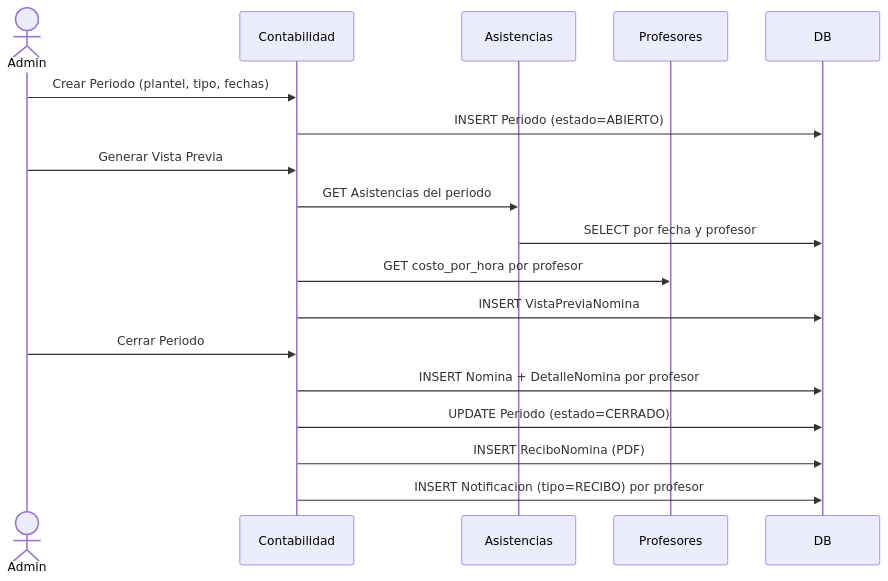
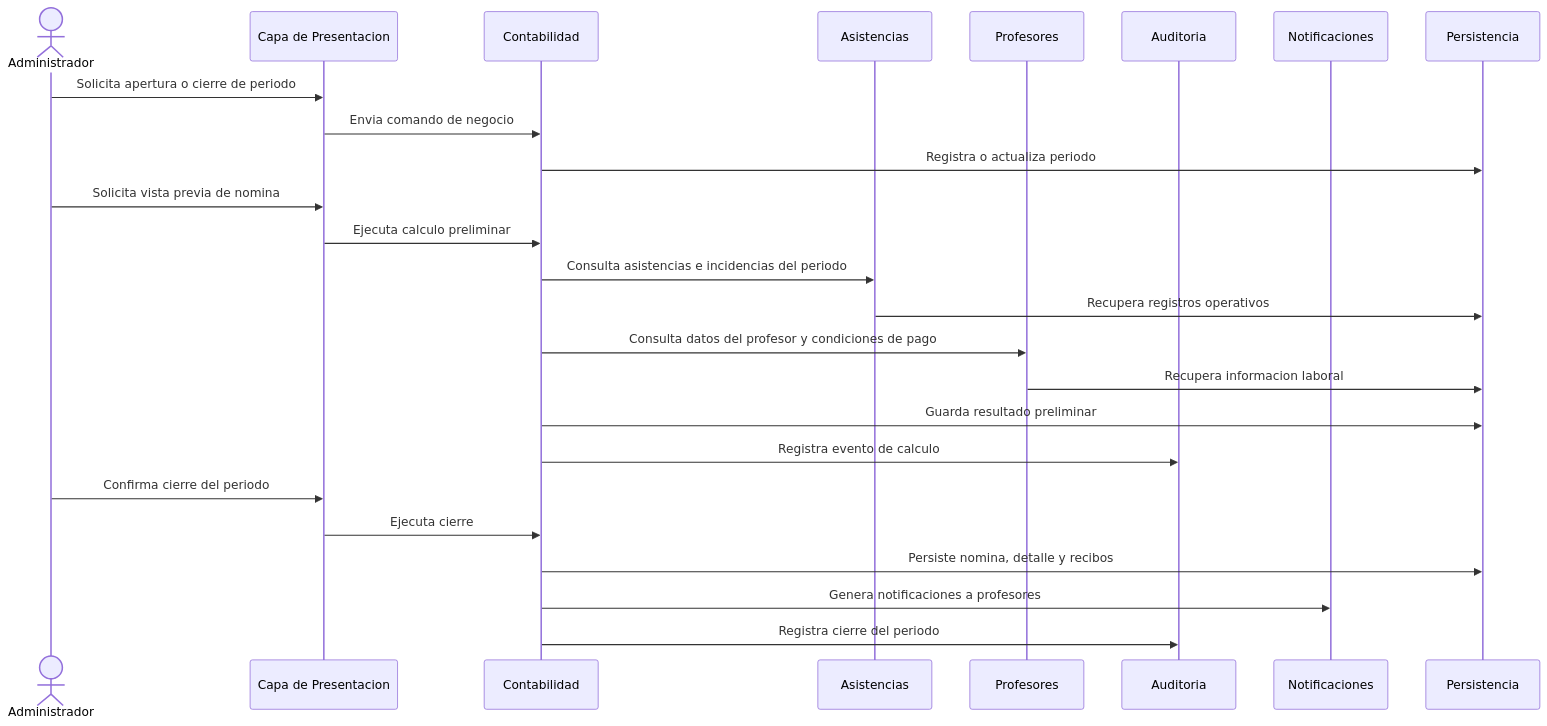
The second of 2 diagrams in docs/diseno/STX-CORE-ARC-COMPONENTES-v1.0.md (JuanMarcoGosselin/Saltix), drawn with Mermaid before and after one commit. The commit also changed other lines of this file and 18 other files, not shown here.

Commit message:
feat(asistencias): implementar gestion de sprint 3 por jefatura

````diff
--- a/docs/diseno/STX-CORE-ARC-COMPONENTES-v1.0.md
+++ b/docs/diseno/STX-CORE-ARC-COMPONENTES-v1.0.md
@@ -106,23 +394,30 @@
 ```mermaid
 sequenceDiagram
-    actor Admin
-    participant Contabilidad
-    participant Asistencias
-    participant Profesores
-    participant DB
+    actor Administrador
+    participant UI as Capa de Presentacion
+    participant CONT as Contabilidad
+    participant ASIS as Asistencias
+    participant PROF as Profesores
+    participant AUD as Auditoria
+    participant NOT as Notificaciones
+    participant DB as Persistencia
 
-    Admin->>Contabilidad: Crear Periodo (plantel, tipo, fechas)
-    Contabilidad->>DB: INSERT Periodo (estado=ABIERTO)
+    Administrador->>UI: Solicita apertura o cierre de periodo
+    UI->>CONT: Envia comando de negocio
+    CONT->>DB: Registra o actualiza periodo
 
-    Admin->>Contabilidad: Generar Vista Previa
-    Contabilidad->>Asistencias: GET Asistencias del periodo
-    Asistencias->>DB: SELECT por fecha y profesor
-    Contabilidad->>Profesores: GET costo_por_hora por profesor
-    Contabilidad->>DB: INSERT VistaPreviaNomina
+    Administrador->>UI: Solicita vista previa de nomina
+    UI->>CONT: Ejecuta calculo preliminar
+    CONT->>ASIS: Consulta asistencias e incidencias del periodo
+    ASIS->>DB: Recupera registros operativos
+    CONT->>PROF: Consulta datos del profesor y condiciones de pago
+    PROF->>DB: Recupera informacion laboral
+    CONT->>DB: Guarda resultado preliminar
+    CONT->>AUD: Registra evento de calculo
 
-    Admin->>Contabilidad: Cerrar Periodo
-    Contabilidad->>DB: INSERT Nomina + DetalleNomina por profesor
-    Contabilidad->>DB: UPDATE Periodo (estado=CERRADO)
-    Contabilidad->>DB: INSERT ReciboNomina (PDF)
-    Contabilidad->>DB: INSERT Notificacion (tipo=RECIBO) por profesor
+    Administrador->>UI: Confirma cierre del periodo
+    UI->>CONT: Ejecuta cierre
+    CONT->>DB: Persiste nomina, detalle y recibos
+    CONT->>NOT: Genera notificaciones a profesores
+    CONT->>AUD: Registra cierre del periodo
 ```
````
